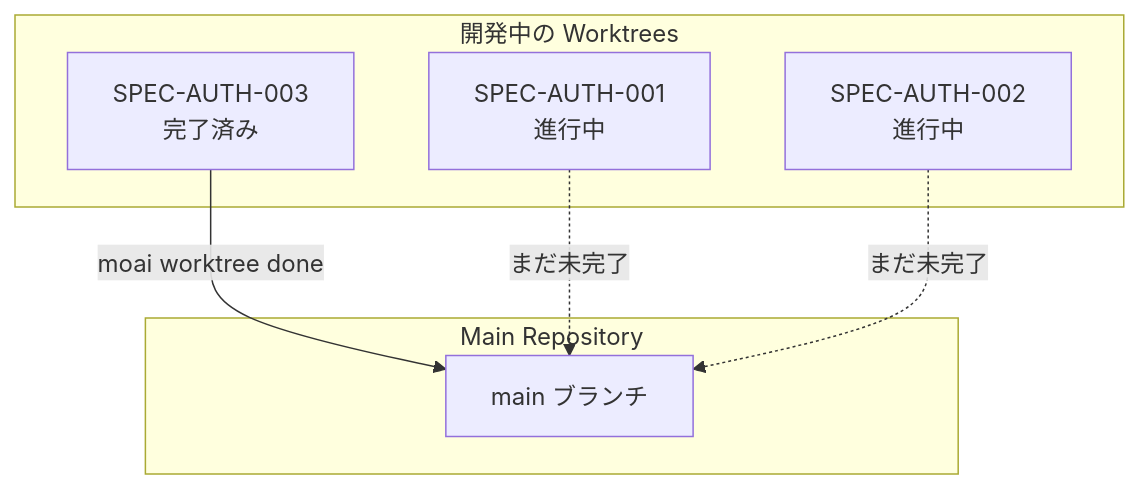
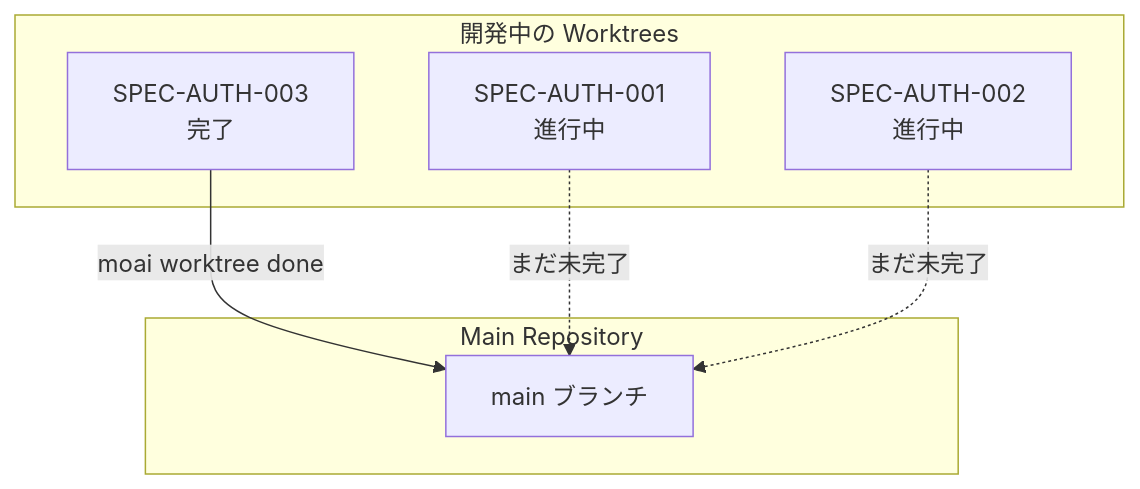
The fifth of 6 diagrams in docs-site/content/ja/worktree/_index.md (modu-ai/moai-adk), drawn with Mermaid before and after one commit. The commit also changed other lines of this file and 395 other files, not shown here.

````diff
--- a/docs-site/content/ja/worktree/_index.md
+++ b/docs-site/content/ja/worktree/_index.md
@@ -223,16 +236,16 @@
 ```mermaid
 flowchart TB
     subgraph Development["開発中の Worktrees"]
         D1[SPEC-AUTH-001<br/>進行中]
         D2[SPEC-AUTH-002<br/>進行中]
-        D3[SPEC-AUTH-003<br/>完了済み]
+        D3[SPEC-AUTH-003<br/>完了]
     end
 
     subgraph Main["Main Repository"]
         M[main ブランチ]
     end
 
     D3 -->|moai worktree done| M
     D1 -.->|まだ未完了| M
     D2 -.->|まだ未完了| M
 ```
````
